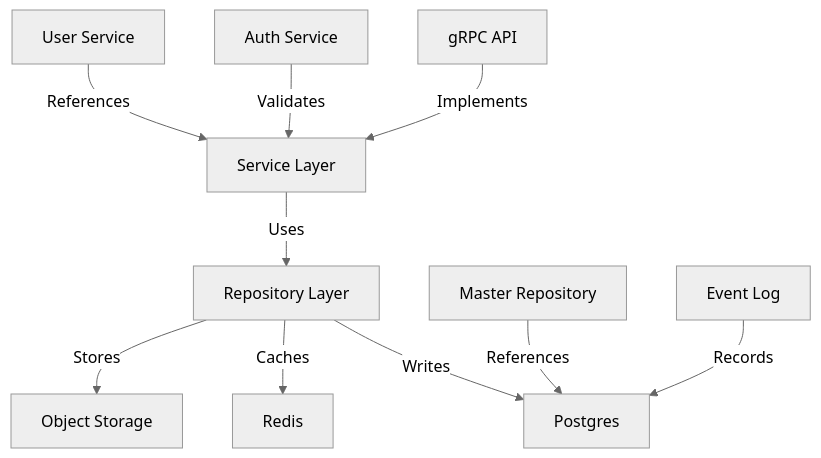
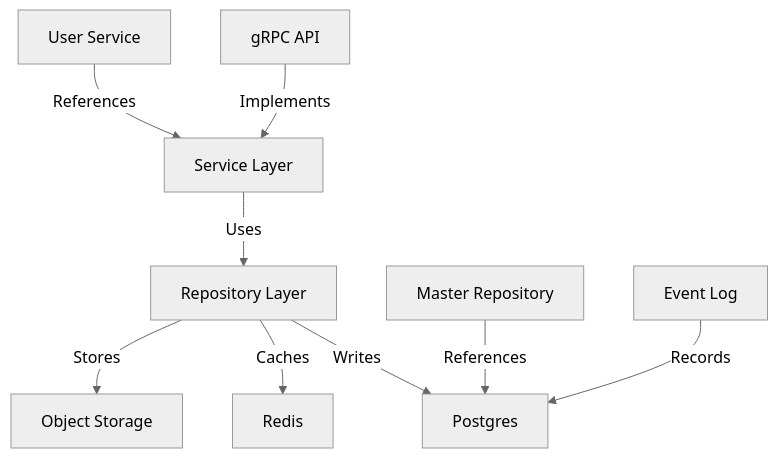
One commit to nmxmxh/master-ovasabi changed the first of 2 diagrams in docs/services/asset/README.md. Above: the diagram before and after it, drawn with Mermaid (neutral theme). The commit also changed other lines of this file and 482 other files, not shown here.

````diff
--- a/docs/services/asset/README.md
+++ b/docs/services/asset/README.md
@@ -8,12 +27,11 @@
 ```mermaid
 graph TD
     A[gRPC API] -->|Implements| B[Service Layer]
     B -->|Uses| C[Repository Layer]
     C -->|Writes| D[Postgres]
     C -->|Caches| E[Redis]
     C -->|Stores| F[Object Storage]
     G[Master Repository] -->|References| D
     H[Event Log] -->|Records| D
-    I[Auth Service] -->|Validates| B
     J[User Service] -->|References| B
 ```
````
